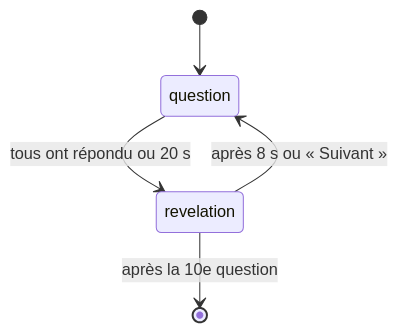
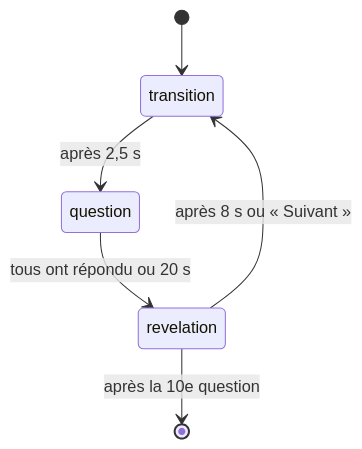
Before and after one commit to pdroquemaurel-stack/Quiz-TV-Jeu-de-soir-e: the second of 2 diagrams in docs/spec.md, drawn with Mermaid. The commit also changed other lines of this file and 15 other files, not shown here.

````diff
--- a/docs/spec.md
+++ b/docs/spec.md
@@ -30,7 +30,8 @@
 ```mermaid
 stateDiagram-v2
-    [*] --> question
+    [*] --> transition
+    transition --> question: après 2,5 s
     question --> revelation: tous ont répondu ou 20 s
-    revelation --> question: après 8 s ou « Suivant »
+    revelation --> transition: après 8 s ou « Suivant »
     revelation --> [*]: après la 10e question
 ```
````
